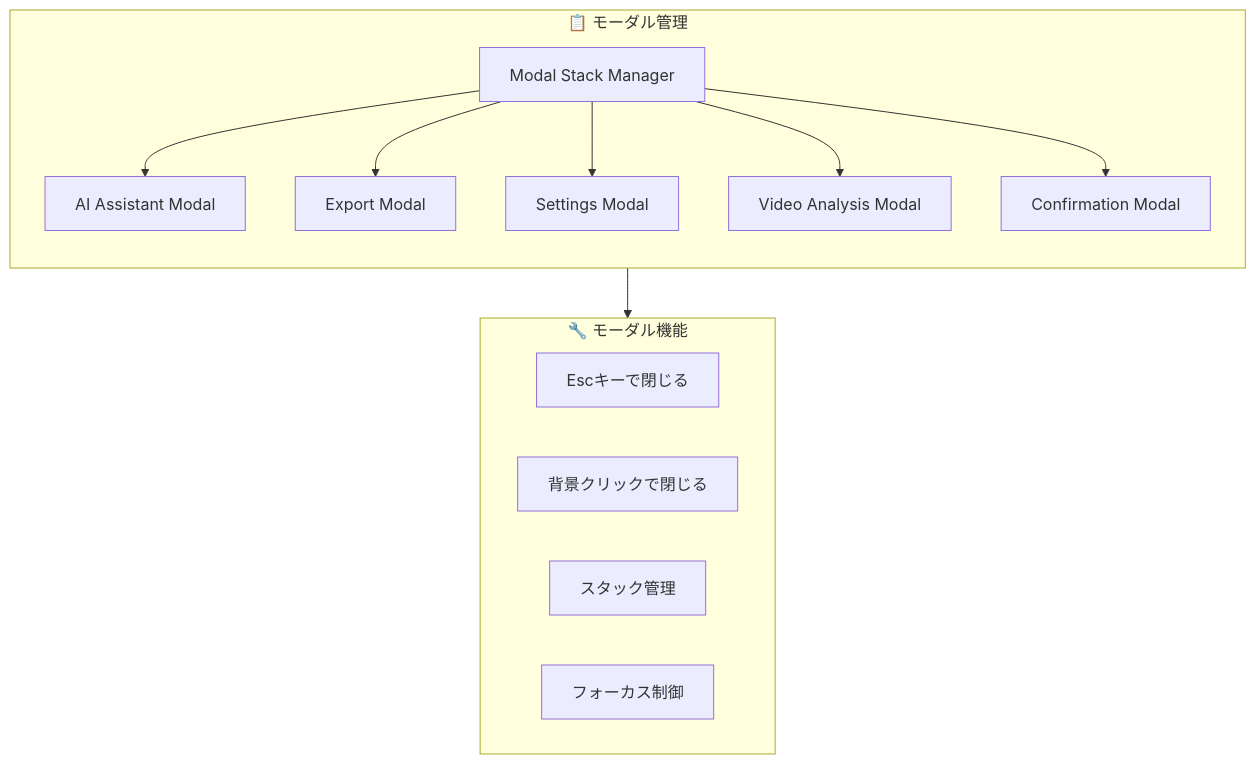
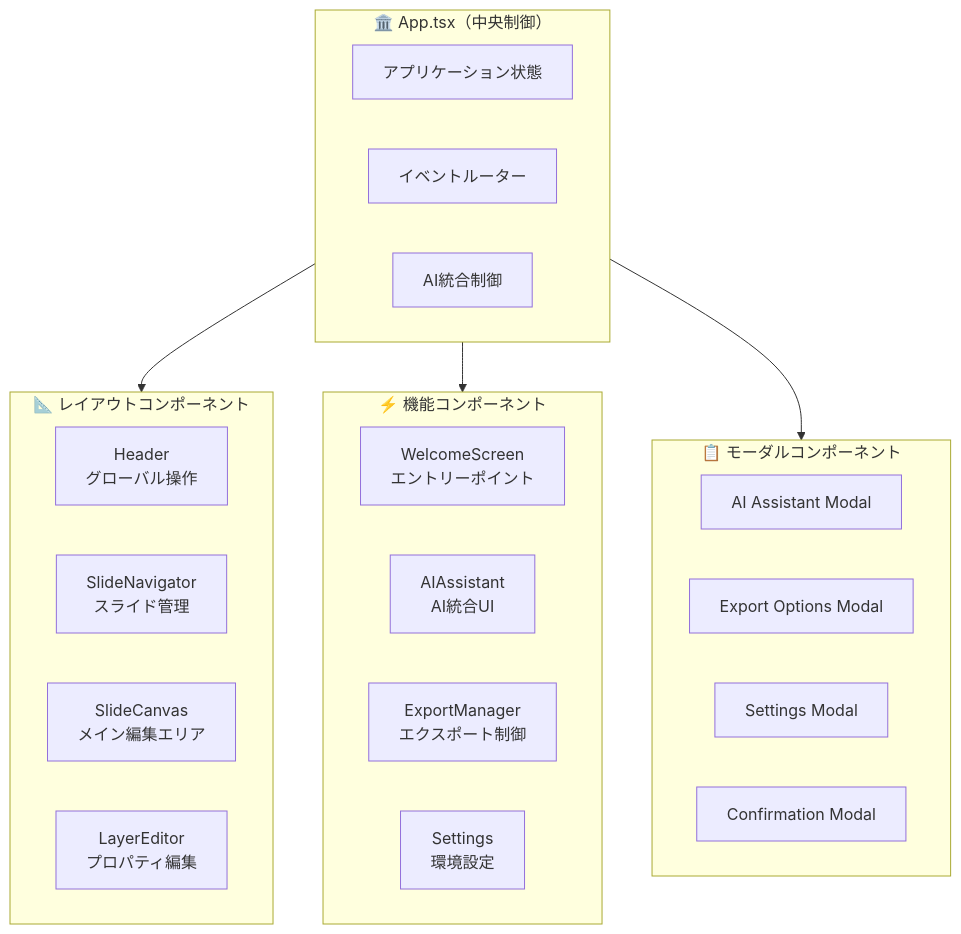
Before and after one commit to t2k2pp/SlideMaster: the fifth of 9 diagrams in docs/02_Basic_Design.md, drawn with Mermaid. The commit also changed other lines of this file and 4 other files, not shown here.

````diff
--- a/docs/02_Basic_Design.md
+++ b/docs/02_Basic_Design.md
@@ -235,24 +339,33 @@
 ```mermaid
 graph TD
-    subgraph Modal_Management["📋 モーダル管理"]
-        direction TB
-        
-        ModalStack["Modal Stack Manager"]
-        ModalStack --> AIModal["AI Assistant Modal"]
-        ModalStack --> ExportModal["Export Modal"]
-        ModalStack --> SettingsModal["Settings Modal"]
-        ModalStack --> VideoModal["Video Analysis Modal"]
-        ModalStack --> ConfirmModal["Confirmation Modal"]
+    subgraph App_Core["🏛️ App.tsx（中央制御）"]
+        AppState["アプリケーション状態"]
+        EventRouter["イベントルーター"]
+        AIOrchestrator["AI統合制御"]
     end
     
-    subgraph Modal_Features["🔧 モーダル機能"]
-        direction LR
-        
-        ESC["Escキーで閉じる"]
-        Backdrop["背景クリックで閉じる"]
-        Stack["スタック管理"]
-        Focus["フォーカス制御"]
+    subgraph Layout_Components["📐 レイアウトコンポーネント"]
+        Header["Header<br/>グローバル操作"]
+        Sidebar["SlideNavigator<br/>スライド管理"]
+        Canvas["SlideCanvas<br/>メイン編集エリア"]
+        Properties["LayerEditor<br/>プロパティ編集"]
     end
     
-    Modal_Management --> Modal_Features
+    subgraph Feature_Components["⚡ 機能コンポーネント"]
+        Welcome["WelcomeScreen<br/>エントリーポイント"]
+        AIAssist["AIAssistant<br/>AI統合UI"]
+        Export["ExportManager<br/>エクスポート制御"]
+        Settings["Settings<br/>環境設定"]
+    end
+    
+    subgraph Modal_Components["📋 モーダルコンポーネント"]
+        AIModal["AI Assistant Modal"]
+        ExportModal["Export Options Modal"]
+        SettingsModal["Settings Modal"]
+        ConfirmModal["Confirmation Modal"]
+    end
+    
+    App_Core --> Layout_Components
+    App_Core --> Feature_Components
+    App_Core --> Modal_Components
 ```
````
